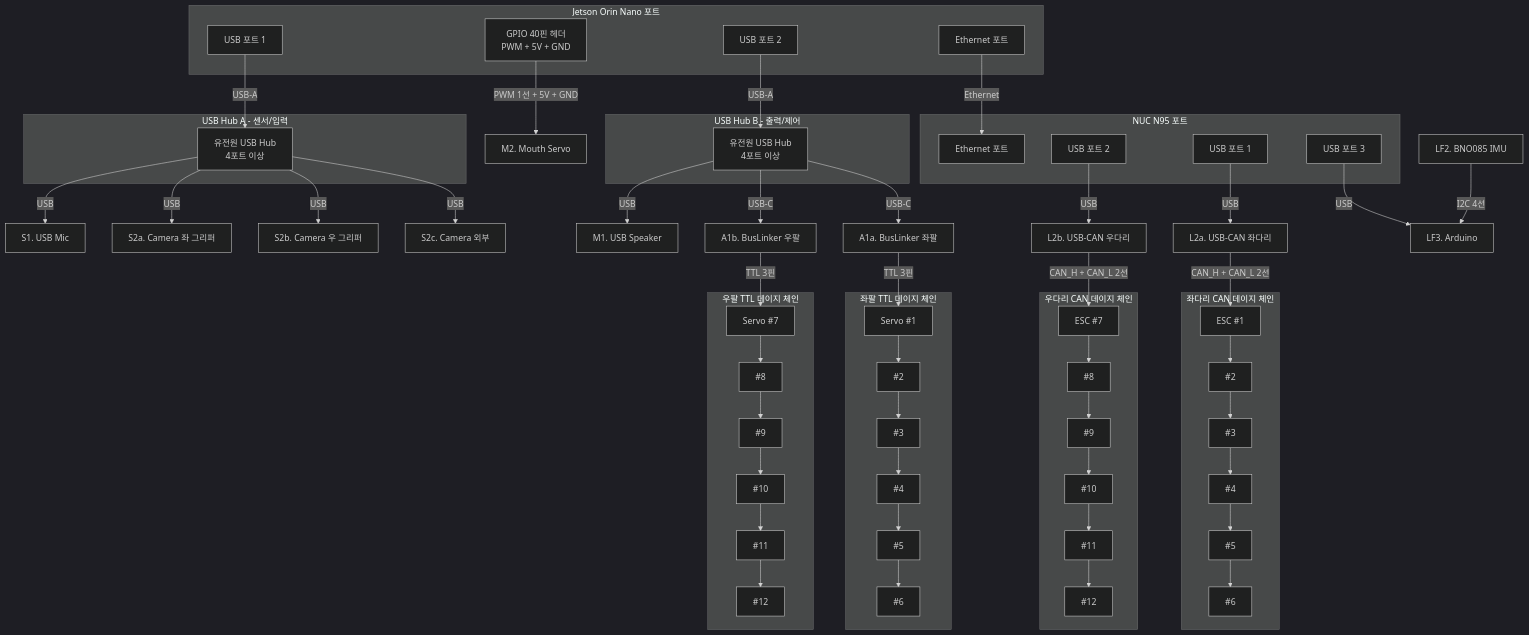
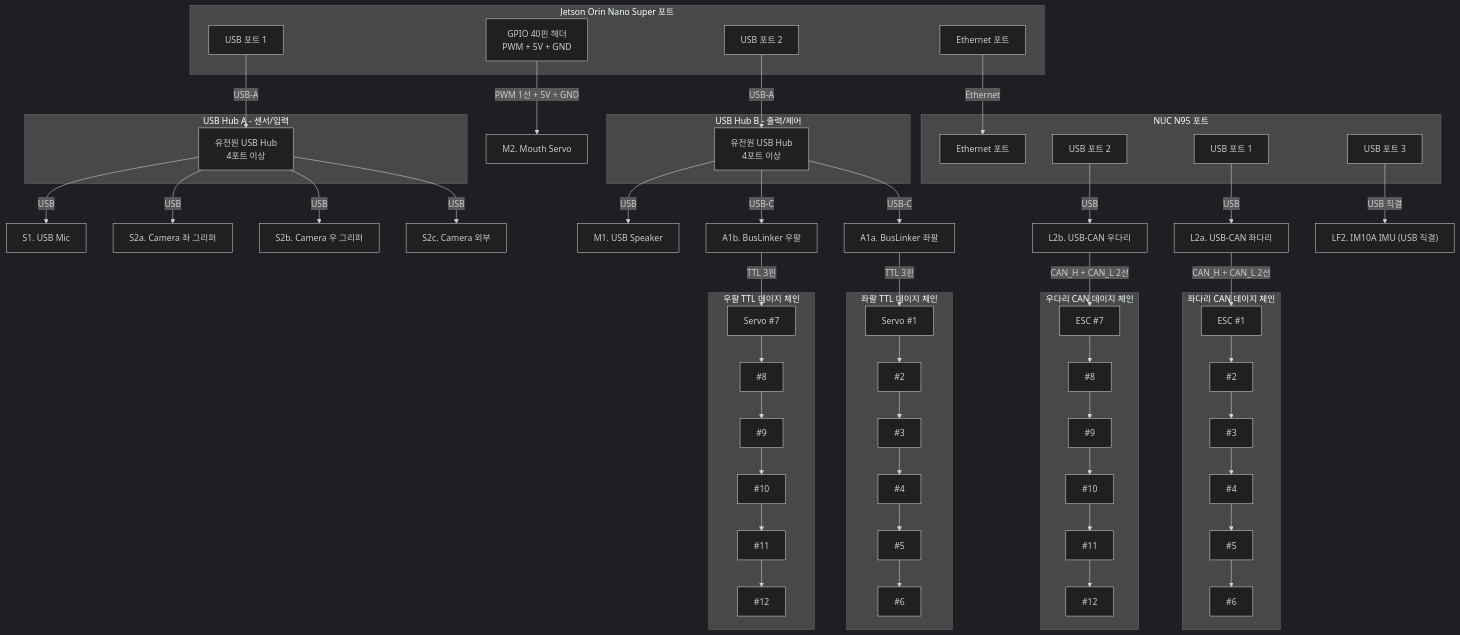
One commit to henryhjna/hylion-3d-guide changed the diagram in public/assets/docs/signal_cables.md. Above: the diagram before and after it, drawn with Mermaid (dark theme). The commit also changed other lines of this file and 29 other files, not shown here.

````diff
--- a/public/assets/docs/signal_cables.md
+++ b/public/assets/docs/signal_cables.md
@@ -7,81 +7,78 @@
 ```mermaid
 flowchart TD
-    subgraph JETSON_PORTS ["Jetson Orin Nano 포트"]
+    subgraph JETSON_PORTS ["Jetson Orin Nano Super 포트"]
         J_USB1["USB 포트 1"]
         J_USB2["USB 포트 2"]
         J_ETH["Ethernet 포트"]
         J_GPIO["GPIO 40핀 헤더\nPWM + 5V + GND"]
     end
 
     subgraph HUB_SENSOR ["USB Hub A - 센서/입력"]
         HA["유전원 USB Hub\n4포트 이상"]
     end
 
     subgraph HUB_CTRL ["USB Hub B - 출력/제어"]
         HB["유전원 USB Hub\n4포트 이상"]
     end
 
     MIC["S1. USB Mic"]
     CAM1["S2a. Camera 좌 그리퍼"]
     CAM2["S2b. Camera 우 그리퍼"]
     CAM3["S2c. Camera 외부"]
 
     SPK["M1. USB Speaker"]
     BL_L["A1a. BusLinker 좌팔"]
     BL_R["A1b. BusLinker 우팔"]
     MOUTH["M2. Mouth Servo"]
 
     subgraph NUC_PORTS ["NUC N95 포트"]
         N_ETH["Ethernet 포트"]
         N_USB1["USB 포트 1"]
         N_USB2["USB 포트 2"]
         N_USB3["USB 포트 3"]
     end
 
     USBCAN_L["L2a. USB-CAN 좌다리"]
     USBCAN_R["L2b. USB-CAN 우다리"]
-    ARD["LF3. Arduino"]
-    IMU["LF2. BNO085 IMU"]
+    IMU["LF2. IM10A IMU (USB 직결)"]
 
     subgraph CAN_LEFT ["좌다리 CAN 데이지 체인"]
         EL1["ESC #1"] --> EL2["#2"] --> EL3["#3"] --> EL4["#4"] --> EL5["#5"] --> EL6["#6"]
     end
 
     subgraph CAN_RIGHT ["우다리 CAN 데이지 체인"]
         ER1["ESC #7"] --> ER2["#8"] --> ER3["#9"] --> ER4["#10"] --> ER5["#11"] --> ER6["#12"]
     end
 
     subgraph SV_LEFT ["좌팔 TTL 데이지 체인"]
         SL1["Servo #1"] --> SL2["#2"] --> SL3["#3"] --> SL4["#4"] --> SL5["#5"] --> SL6["#6"]
     end
 
     subgraph SV_RIGHT ["우팔 TTL 데이지 체인"]
         SR1["Servo #7"] --> SR2["#8"] --> SR3["#9"] --> SR4["#10"] --> SR5["#11"] --> SR6["#12"]
     end
 
     J_USB1 -->|USB-A| HA
     J_USB2 -->|USB-A| HB
     J_ETH -->|Ethernet| N_ETH
     J_GPIO -->|PWM 1선 + 5V + GND| MOUTH
 
     HA -->|USB| MIC
     HA -->|USB| CAM1
     HA -->|USB| CAM2
     HA -->|USB| CAM3
 
     HB -->|USB| SPK
     HB -->|USB-C| BL_L
     HB -->|USB-C| BL_R
 
     N_USB1 -->|USB| USBCAN_L
     N_USB2 -->|USB| USBCAN_R
-    N_USB3 -->|USB| ARD
-
-    IMU -->|I2C 4선| ARD
+    N_USB3 -->|USB 직결| IMU
 
     USBCAN_L -->|CAN_H + CAN_L 2선| EL1
     USBCAN_R -->|CAN_H + CAN_L 2선| ER1
 
     BL_L -->|TTL 3핀| SL1
     BL_R -->|TTL 3핀| SR1
 ```
````
